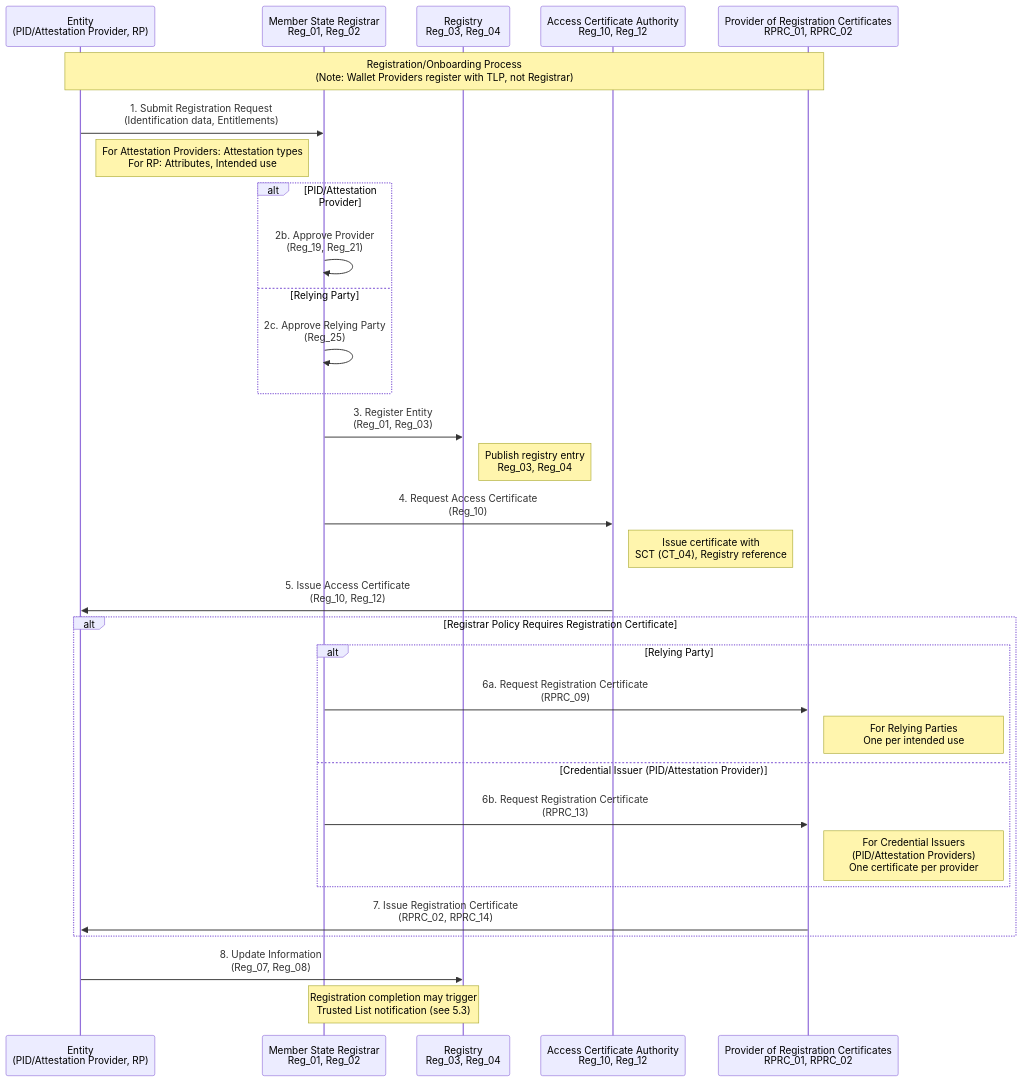
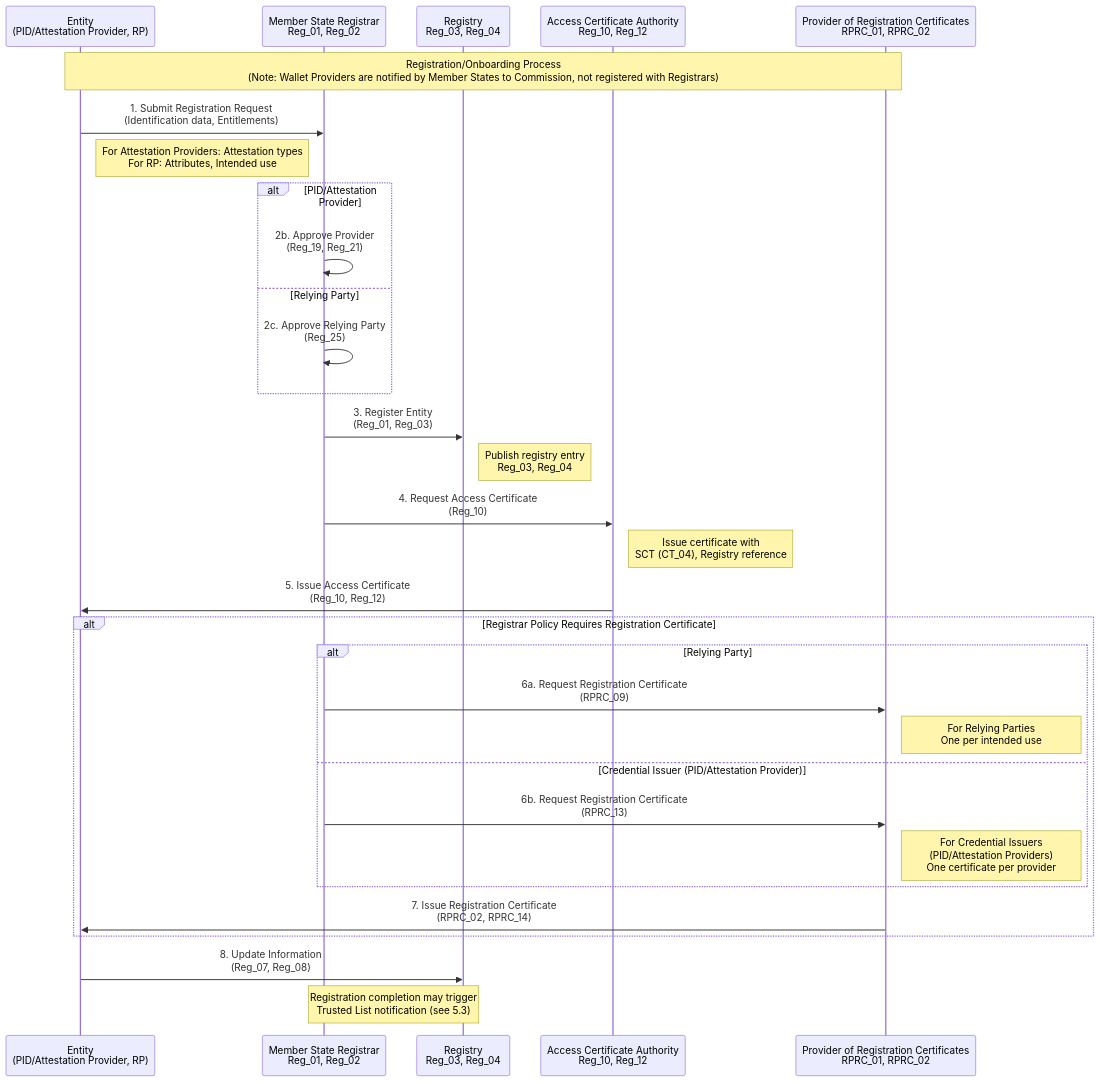
One commit to webuild-consortium/wp4-trust-group changed the second of 7 diagrams in task2-trust-framework/trust-infrastructure-schema.md. Above: the diagram before and after it, drawn with Mermaid. The commit also changed other lines of this file, not shown here.

````diff
--- a/task2-trust-framework/trust-infrastructure-schema.md
+++ b/task2-trust-framework/trust-infrastructure-schema.md
@@ -275,43 +285,43 @@
 ```mermaid
 sequenceDiagram
     participant Entity as Entity<br/>(PID/Attestation Provider, RP)
     participant Registrar as Member State Registrar<br/>Reg_01, Reg_02
     participant Registry as Registry<br/>Reg_03, Reg_04
     participant AccessCA as Access Certificate Authority<br/>Reg_10, Reg_12
     participant RegCertProv as Provider of Registration Certificates<br/>RPRC_01, RPRC_02
 
-    Note over Entity,RegCertProv: Registration/Onboarding Process<br/>(Note: Wallet Providers register with TLP, not Registrar)
+    Note over Entity,RegCertProv: Registration/Onboarding Process<br/>(Note: Wallet Providers are notified by Member States to Commission, not registered with Registrars)
 
     Entity->>Registrar: 1. Submit Registration Request<br/>(Identification data, Entitlements)
     Note right of Entity: For Attestation Providers: Attestation types<br/>For RP: Attributes, Intended use
 
     alt PID/Attestation Provider
         Registrar->>Registrar: 2b. Approve Provider<br/>(Reg_19, Reg_21)
     else Relying Party
         Registrar->>Registrar: 2c. Approve Relying Party<br/>(Reg_25)
     end
 
     Registrar->>Registry: 3. Register Entity<br/>(Reg_01, Reg_03)
     Note right of Registry: Publish registry entry<br/>Reg_03, Reg_04
 
     Registrar->>AccessCA: 4. Request Access Certificate<br/>(Reg_10)
     Note right of AccessCA: Issue certificate with<br/>SCT (CT_04), Registry reference
 
     AccessCA->>Entity: 5. Issue Access Certificate<br/>(Reg_10, Reg_12)
 
     alt Registrar Policy Requires Registration Certificate
         alt Relying Party
             Registrar->>RegCertProv: 6a. Request Registration Certificate<br/>(RPRC_09)
             Note right of RegCertProv: For Relying Parties<br/>One per intended use
         else Credential Issuer (PID/Attestation Provider)
             Registrar->>RegCertProv: 6b. Request Registration Certificate<br/>(RPRC_13)
             Note right of RegCertProv: For Credential Issuers<br/>(PID/Attestation Providers)<br/>One certificate per provider
         end
 
         RegCertProv->>Entity: 7. Issue Registration Certificate<br/>(RPRC_02, RPRC_14)
     end
 
     Entity->>Registry: 8. Update Information<br/>(Reg_07, Reg_08)
     
     Note over Registrar,Registry: Registration completion may trigger<br/>Trusted List notification (see 5.3)
 ```
````
